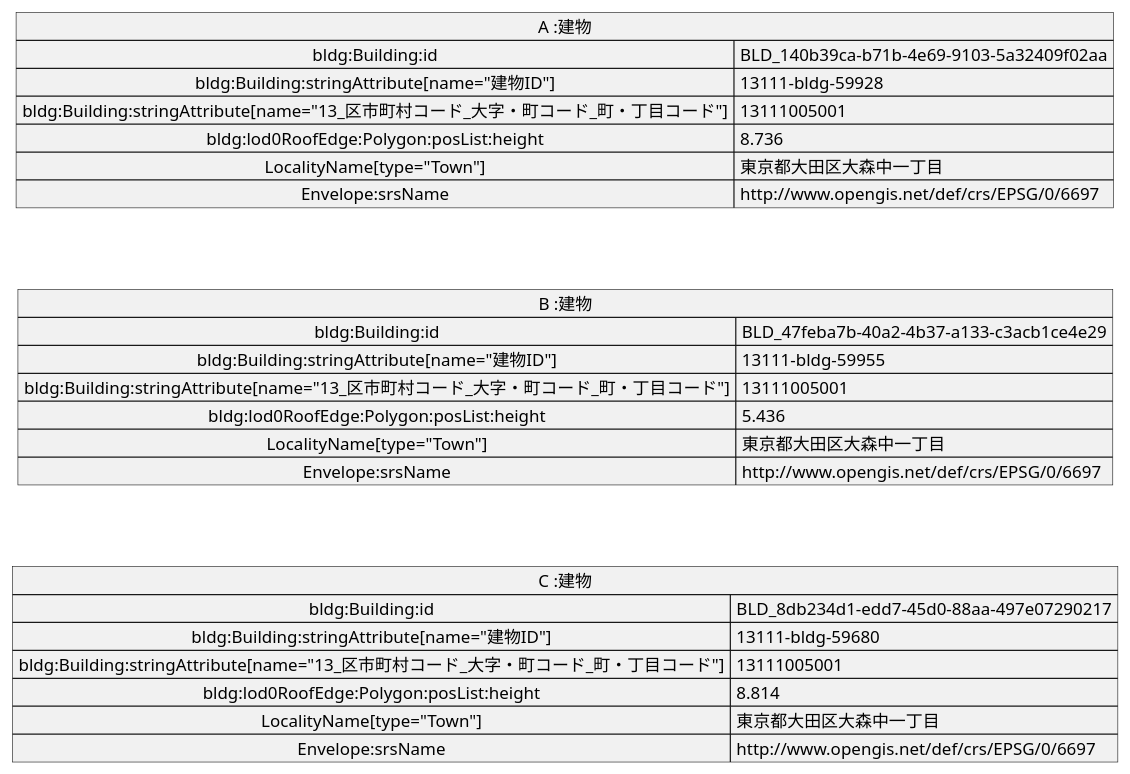
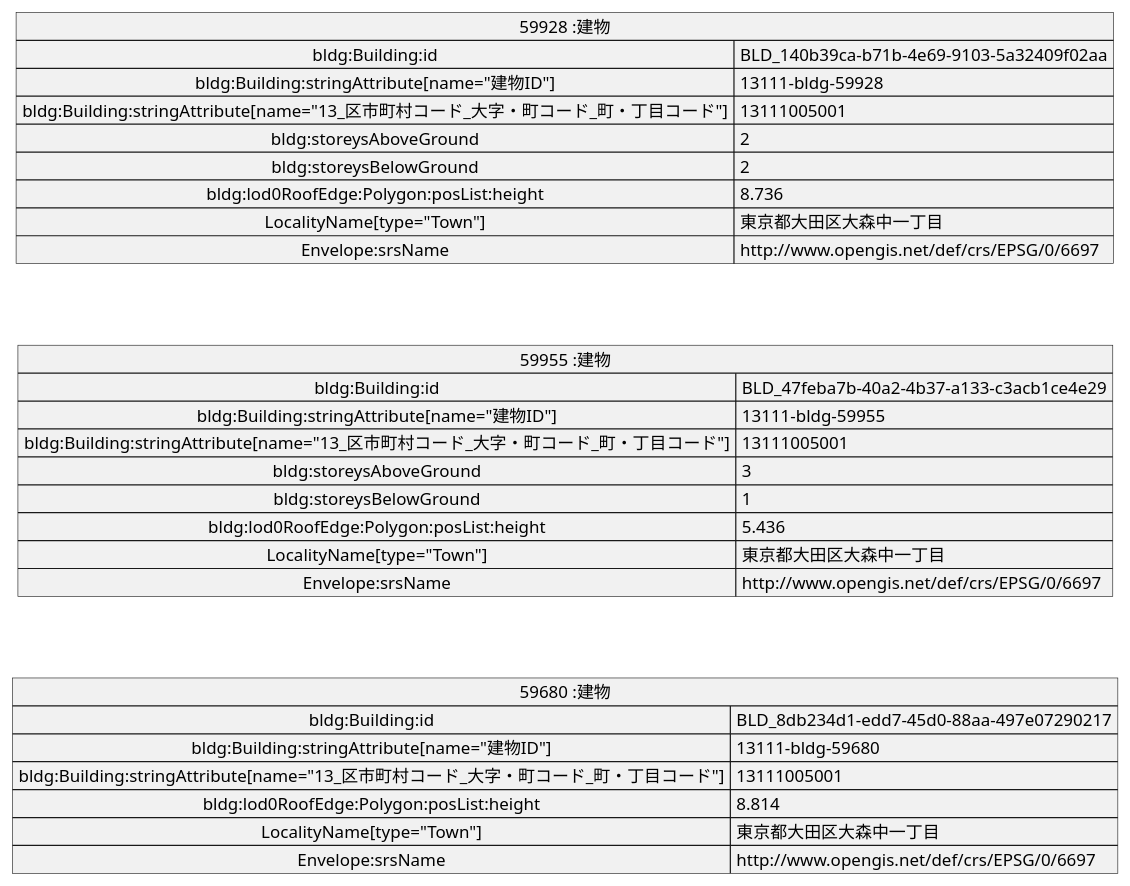
The diagram in doc/building/sample-c/gml-cc.pu (yuuhayashi/citygml-osm), drawn with PlantUML before and after one commit. The commit also changed 21 other files, not shown here.

```diff
--- a/doc/building/sample-c/gml-cc.pu
+++ b/doc/building/sample-c/gml-cc.pu
@@ -1,28 +1,32 @@
 @startuml
-map "A :建物" as A {
+map "59928 :建物" as A {
  bldg:Building:id => BLD_140b39ca-b71b-4e69-9103-5a32409f02aa
  bldg:Building:stringAttribute[name="建物ID"] => 13111-bldg-59928
  bldg:Building:stringAttribute[name="13_区市町村コード_大字・町コード_町・丁目コード"] => 13111005001
+ bldg:storeysAboveGround => 2
+ bldg:storeysBelowGround => 2
  bldg:lod0RoofEdge:Polygon:posList:height => 8.736
  LocalityName[type="Town"] => 東京都大田区大森中一丁目
  Envelope:srsName => http://www.opengis.net/def/crs/EPSG/0/6697
 }
-map "B :建物" as B {
+map "59955 :建物" as B {
  bldg:Building:id => BLD_47feba7b-40a2-4b37-a133-c3acb1ce4e29
  bldg:Building:stringAttribute[name="建物ID"] => 13111-bldg-59955
  bldg:Building:stringAttribute[name="13_区市町村コード_大字・町コード_町・丁目コード"] => 13111005001
+ bldg:storeysAboveGround => 3
+ bldg:storeysBelowGround => 1
  bldg:lod0RoofEdge:Polygon:posList:height => 5.436
  LocalityName[type="Town"] => 東京都大田区大森中一丁目
  Envelope:srsName => http://www.opengis.net/def/crs/EPSG/0/6697
 }
-map "C :建物" as C {
+map "59680 :建物" as C {
  bldg:Building:id => BLD_8db234d1-edd7-45d0-88aa-497e07290217
  bldg:Building:stringAttribute[name="建物ID"] => 13111-bldg-59680
  bldg:Building:stringAttribute[name="13_区市町村コード_大字・町コード_町・丁目コード"] => 13111005001
  bldg:lod0RoofEdge:Polygon:posList:height => 8.814
  LocalityName[type="Town"] => 東京都大田区大森中一丁目
  Envelope:srsName => http://www.opengis.net/def/crs/EPSG/0/6697
 }
 A -[hidden]- B
 B -[hidden]- C
 @enduml
```
